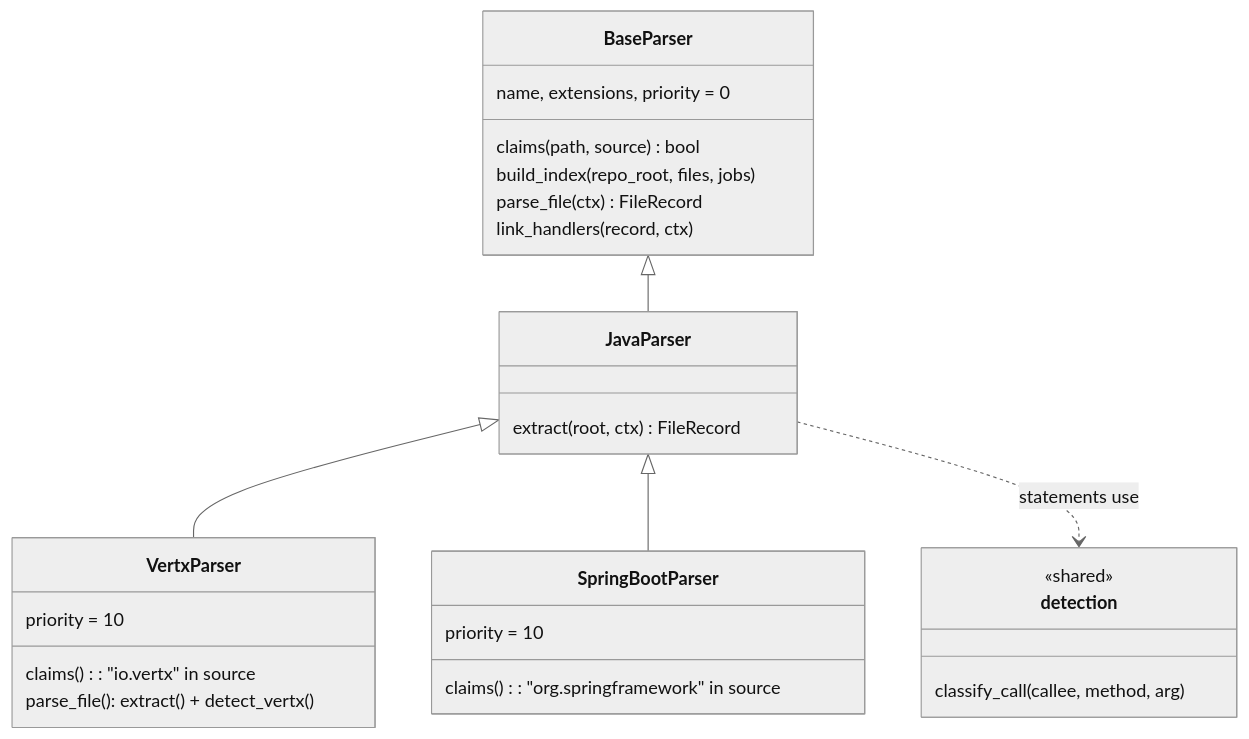
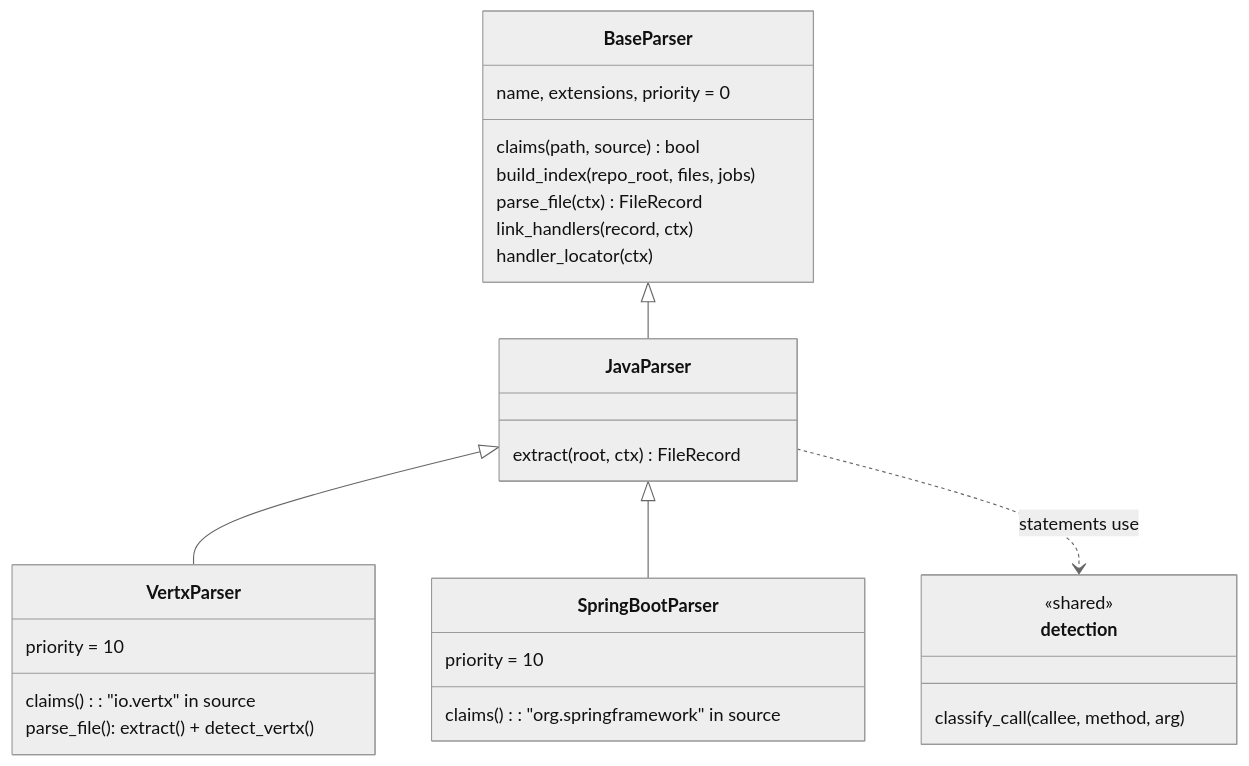
Before and after one commit to accionlabs/breezeai-cog: the sixth of 9 diagrams in docs/architecture.md, drawn with Mermaid (neutral theme). The commit also changed other lines of this file and 4 other files, not shown here.

````diff
--- a/docs/architecture.md
+++ b/docs/architecture.md
@@ -421,30 +421,31 @@
 ```mermaid
 classDiagram
   class BaseParser {
     name, extensions, priority = 0
     claims(path, source) bool
     build_index(repo_root, files, jobs)
     parse_file(ctx) FileRecord
     link_handlers(record, ctx)
+    handler_locator(ctx)
   }
   class JavaParser {
     extract(root, ctx) FileRecord
   }
   class VertxParser {
     priority = 10
     claims(): "io.vertx" in source
     parse_file(): extract() + detect_vertx()
   }
   class SpringBootParser {
     priority = 10
     claims(): "org.springframework" in source
   }
   class detection {
     <<shared>>
     classify_call(callee, method, arg)
   }
   BaseParser <|-- JavaParser
   JavaParser <|-- VertxParser
   JavaParser <|-- SpringBootParser
   JavaParser ..> detection : statements use
 ```
````
